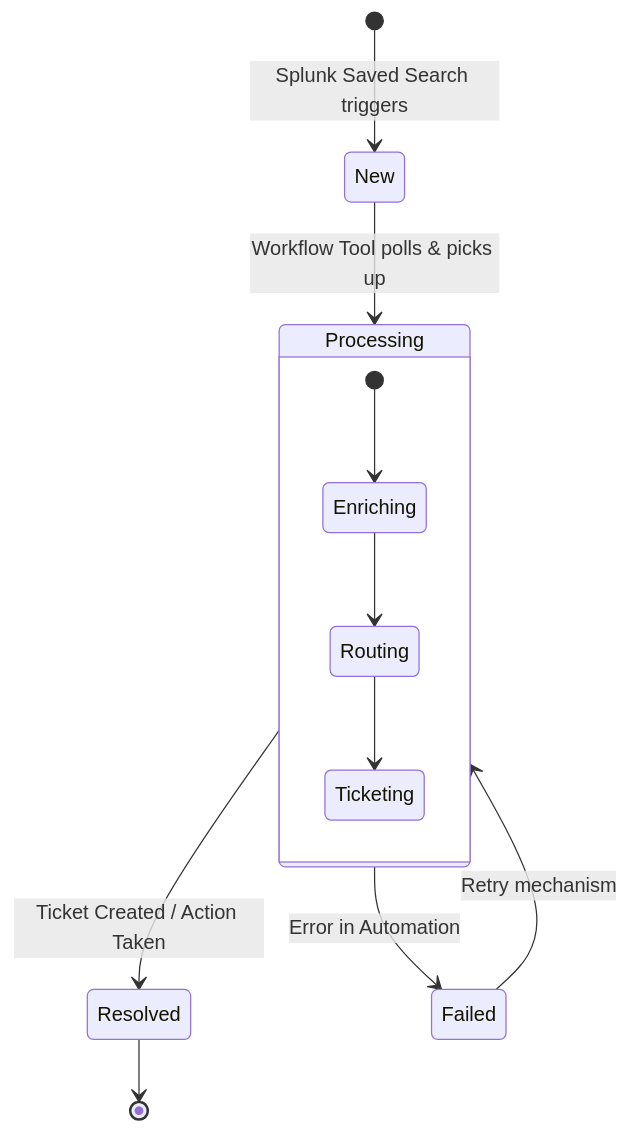
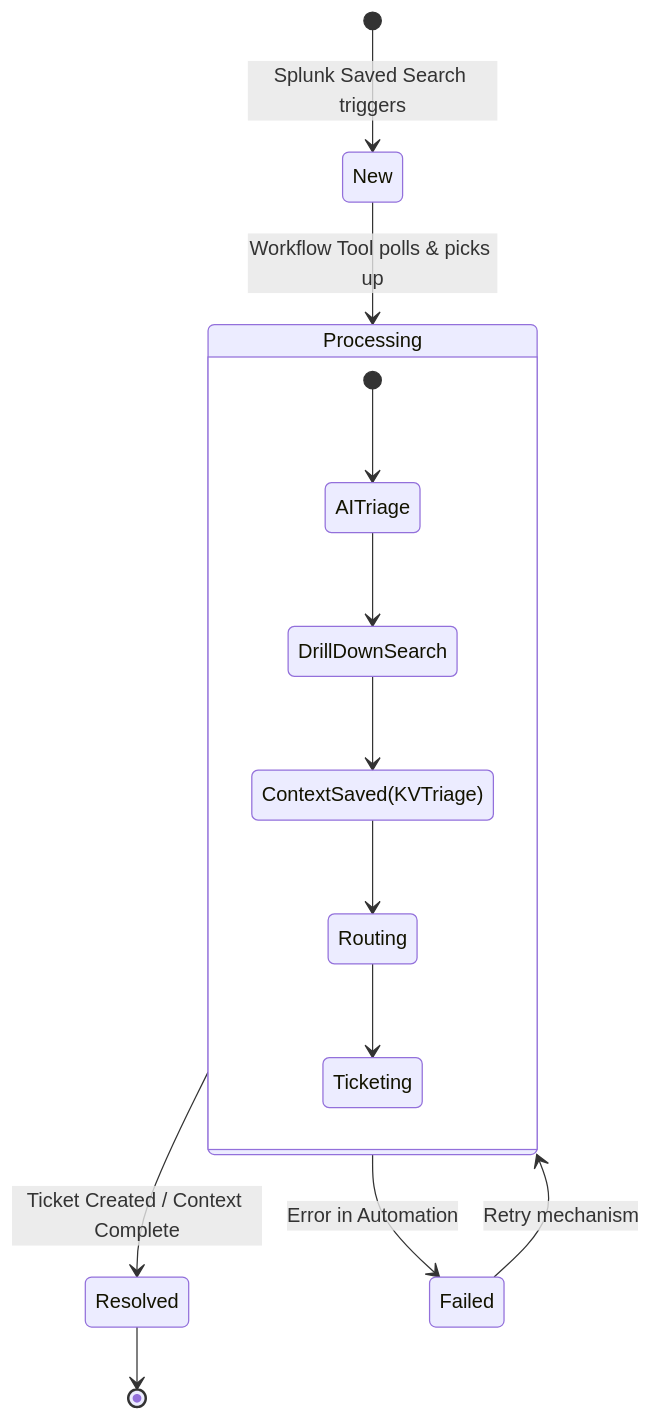
Before and after one commit to getkub/watchtower: the diagram in docs/design/splunk/alert_lifecycle.md, drawn with Mermaid. The commit also changed other lines of this file and 10 other files, not shown here.

````diff
--- a/docs/design/splunk/alert_lifecycle.md
+++ b/docs/design/splunk/alert_lifecycle.md
@@ -3,19 +3,21 @@
 ```mermaid
 stateDiagram-v2
     [*] --> New: Splunk Saved Search triggers
     
     New --> Processing: Workflow Tool polls & picks up
     
     state Processing {
-        [*] --> Enriching
-        Enriching --> Routing
+        [*] --> AITriage
+        AITriage --> DrillDownSearch
+        DrillDownSearch --> ContextSaved(KVTriage)
+        ContextSaved(KVTriage) --> Routing
         Routing --> Ticketing
     }
     
-    Processing --> Resolved: Ticket Created / Action Taken
+    Processing --> Resolved: Ticket Created / Context Complete
     Processing --> Failed: Error in Automation
     
     Failed --> Processing: Retry mechanism
     
     Resolved --> [*]
 ```
````
